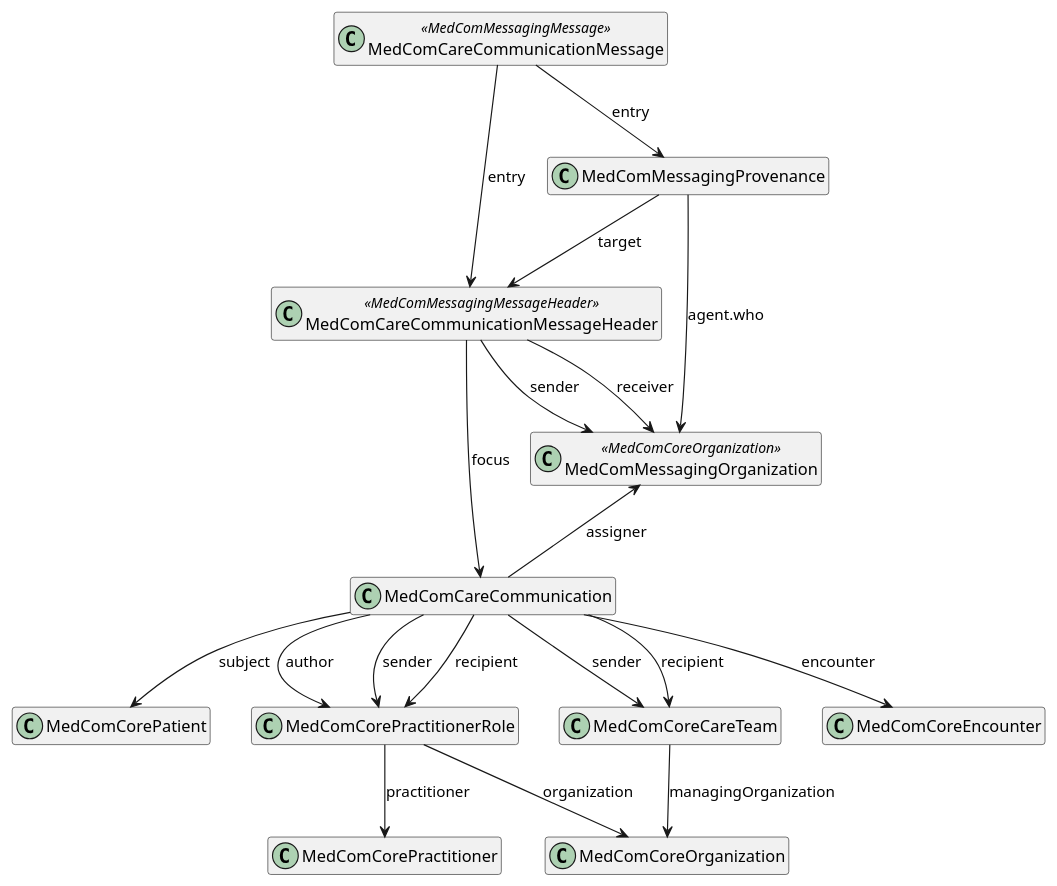
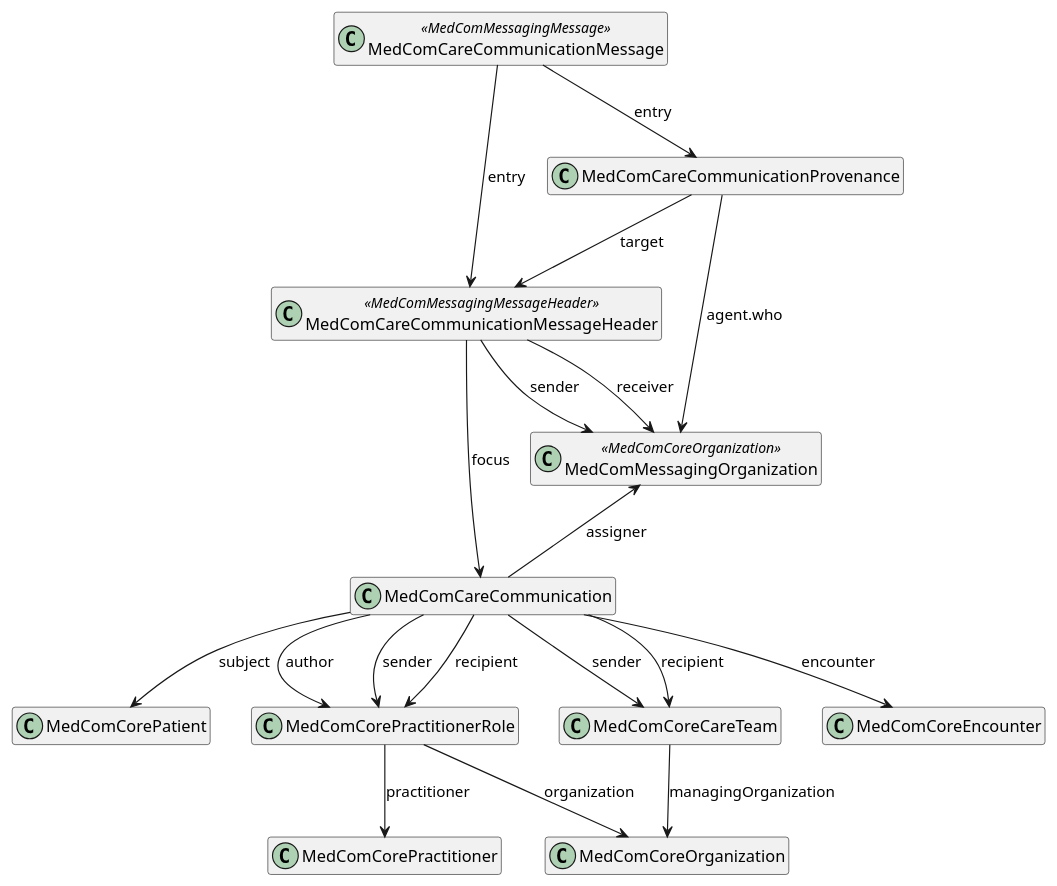
One commit to medcomdk/dk-medcom-carecommunication changed the diagram in puml/CareCommunication.puml. Above: the diagram before and after it, drawn with PlantUML. The commit also changed 2 other files, not shown here.

Commit message:
Corrected UML diagram from MedComMessagingProvenanc to MedComCareCommunicationProvenancee
Also deleted old description.

```diff
--- a/puml/CareCommunication.puml
+++ b/puml/CareCommunication.puml
@@ -1,39 +1,39 @@
 @startuml CareCommunication
 
 hide empty members
 
 top to bottom direction
 
 class "MedComCareCommunicationMessage" as message <<MedComMessagingMessage>>
 class "MedComCareCommunicationMessageHeader" as messageheader <<MedComMessagingMessageHeader>>
-class "MedComMessagingProvenance" as provenance
+class "MedComCareCommunicationProvenance" as provenance
 class "MedComMessagingOrganization" as messagingOrganization <<MedComCoreOrganization>>
 class "MedComCareCommunication" as communication
 class "MedComCorePatient" as patient
 class "MedComCorePractitionerRole" as pracRole
 class "MedComCoreCareTeam" as careteam
 class "MedComCorePractitioner" as author
 class "MedComCoreEncounter" as encounter
 class "MedComCoreOrganization" as organization
 
 message --> messageheader : "entry"
 messageheader --> communication : "focus"
 communication --> patient : "subject"
 communication --> pracRole : "author"
 message --> provenance : "entry"
 provenance --> messageheader : "target" 
 provenance --> messagingOrganization : "agent.who"
 communication --> careteam : "sender"
 communication --> careteam : "recipient"
 communication --> pracRole : "sender"
 communication --> pracRole : "recipient"
 messagingOrganization <-- communication : "assigner"
 pracRole --> author : "practitioner"
 pracRole --> organization : "organization"
 careteam --> organization : "managingOrganization"
 communication --> encounter : "encounter"
 
 
 messageheader --> messagingOrganization : "receiver"
 messageheader --> messagingOrganization : "sender"
 @enduml
```
